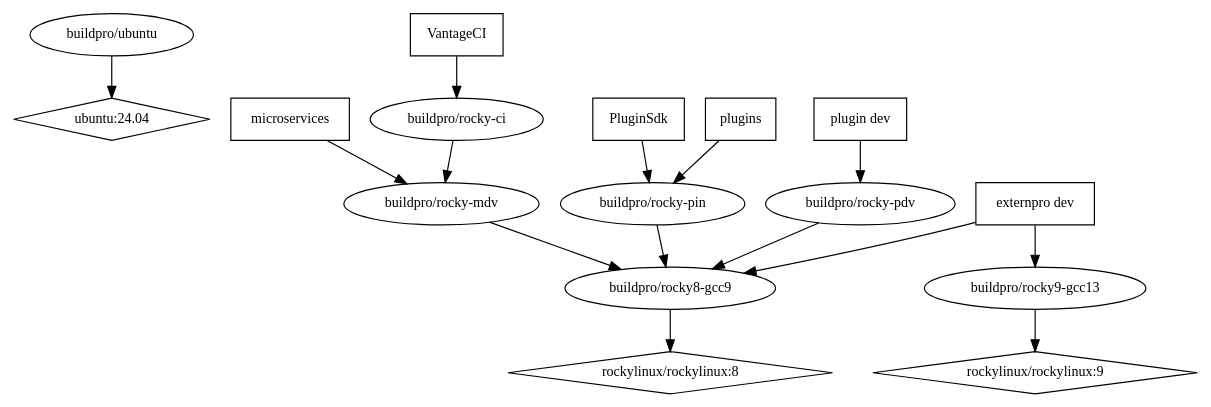
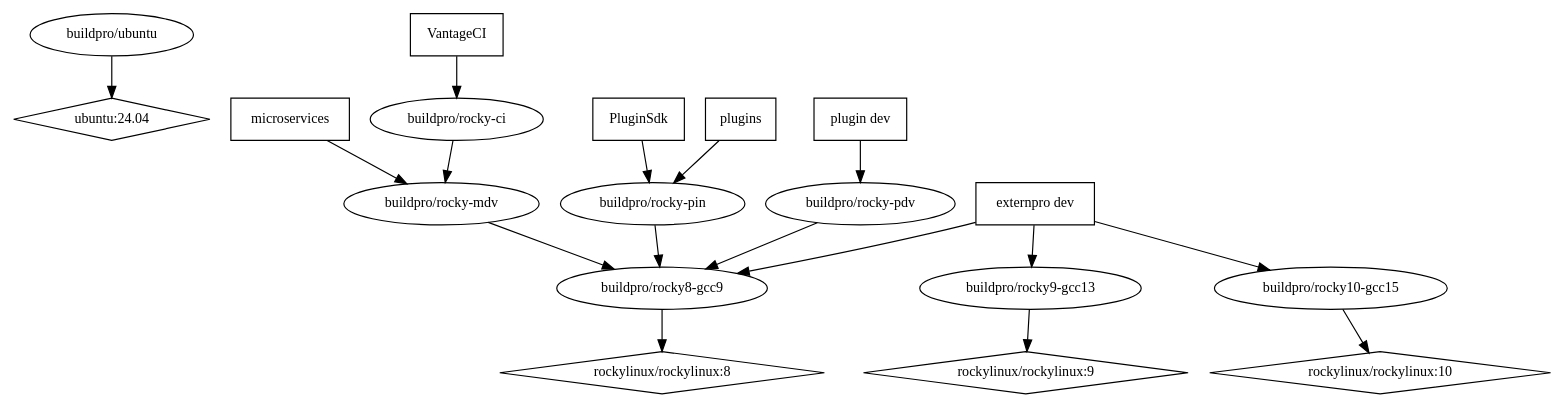
One commit to externpro/externpro changed the diagram in graph/graph.dot. Above: the diagram before and after it, drawn with Graphviz. The commit also changed 1 other file, not shown here.

Commit message:
graph: add rocky10-gcc15
based on rockylinux/rockylinux:10
issue https://github.com/externpro/externpro/issues/246
dot -Tpng -o graph.png graph.dot

```diff
--- a/graph/graph.dot
+++ b/graph/graph.dot
@@ -1,26 +1,29 @@
 digraph GG {
   node [fontsize=12];
   "ubuntu:24.04" [shape=diamond];
   "rockylinux/rockylinux:8" [shape=diamond];
   "rockylinux/rockylinux:9" [shape=diamond];
+  "rockylinux/rockylinux:10" [shape=diamond];
   "externpro dev" [shape=box];
   "PluginSdk" [shape=box];
   "plugins" [shape=box];
   "plugin dev" [shape=box];
   "microservices" [shape=box];
   "VantageCI" [shape=box];
   "buildpro/rocky8-gcc9" -> "rockylinux/rockylinux:8";
   "buildpro/rocky9-gcc13" -> "rockylinux/rockylinux:9";
+  "buildpro/rocky10-gcc15" -> "rockylinux/rockylinux:10";
   "buildpro/rocky-mdv" -> "buildpro/rocky8-gcc9";
   "buildpro/rocky-pin" -> "buildpro/rocky8-gcc9";
   "buildpro/rocky-pdv" -> "buildpro/rocky8-gcc9";
   "buildpro/rocky-ci" -> "buildpro/rocky-mdv";
   "buildpro/ubuntu" -> "ubuntu:24.04";
   "externpro dev" -> "buildpro/rocky8-gcc9";
   "externpro dev" -> "buildpro/rocky9-gcc13";
+  "externpro dev" -> "buildpro/rocky10-gcc15";
   "PluginSdk" -> "buildpro/rocky-pin";
   "plugins" -> "buildpro/rocky-pin";
   "plugin dev" -> "buildpro/rocky-pdv";
   "microservices" -> "buildpro/rocky-mdv";
   "VantageCI" -> "buildpro/rocky-ci";
 }
```
